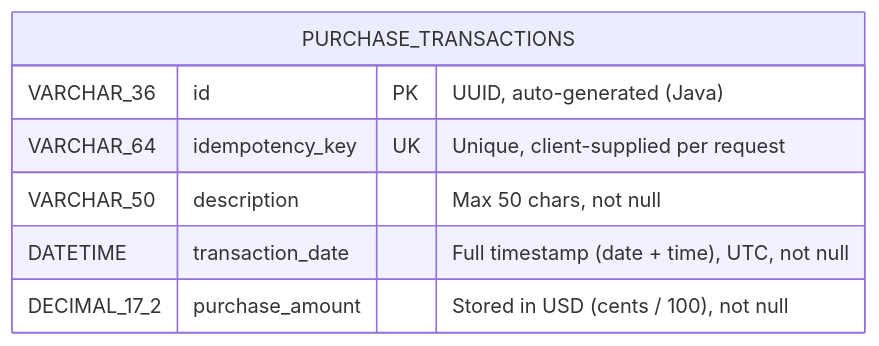
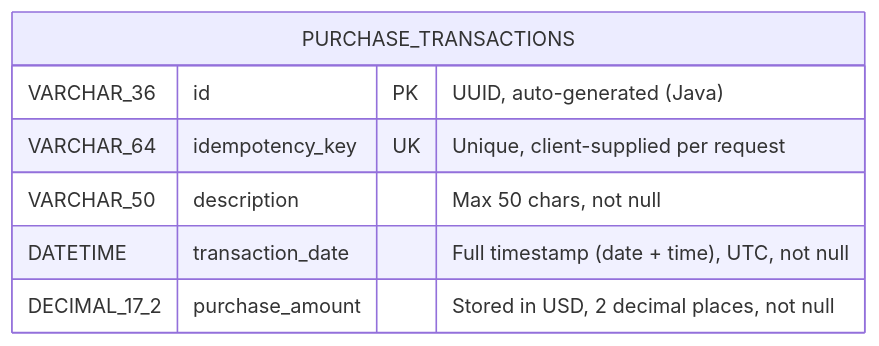
One commit to vinay-siripurapu/wex-purchase-api changed the diagram in TECH_SPEC.md. Above: the diagram before and after it, drawn with Mermaid. The commit also changed other lines of this file and 10 other files, not shown here.

````diff
--- a/TECH_SPEC.md
+++ b/TECH_SPEC.md
@@ -219,10 +219,10 @@
 ```mermaid
 erDiagram
     PURCHASE_TRANSACTIONS {
         VARCHAR_36   id                PK  "UUID, auto-generated (Java)"
         VARCHAR_64   idempotency_key   UK  "Unique, client-supplied per request"
         VARCHAR_50   description           "Max 50 chars, not null"
         DATETIME     transaction_date      "Full timestamp (date + time), UTC, not null"
-        DECIMAL_17_2 purchase_amount       "Stored in USD (cents / 100), not null"
+        DECIMAL_17_2 purchase_amount       "Stored in USD, 2 decimal places, not null"
     }
 ```
````
